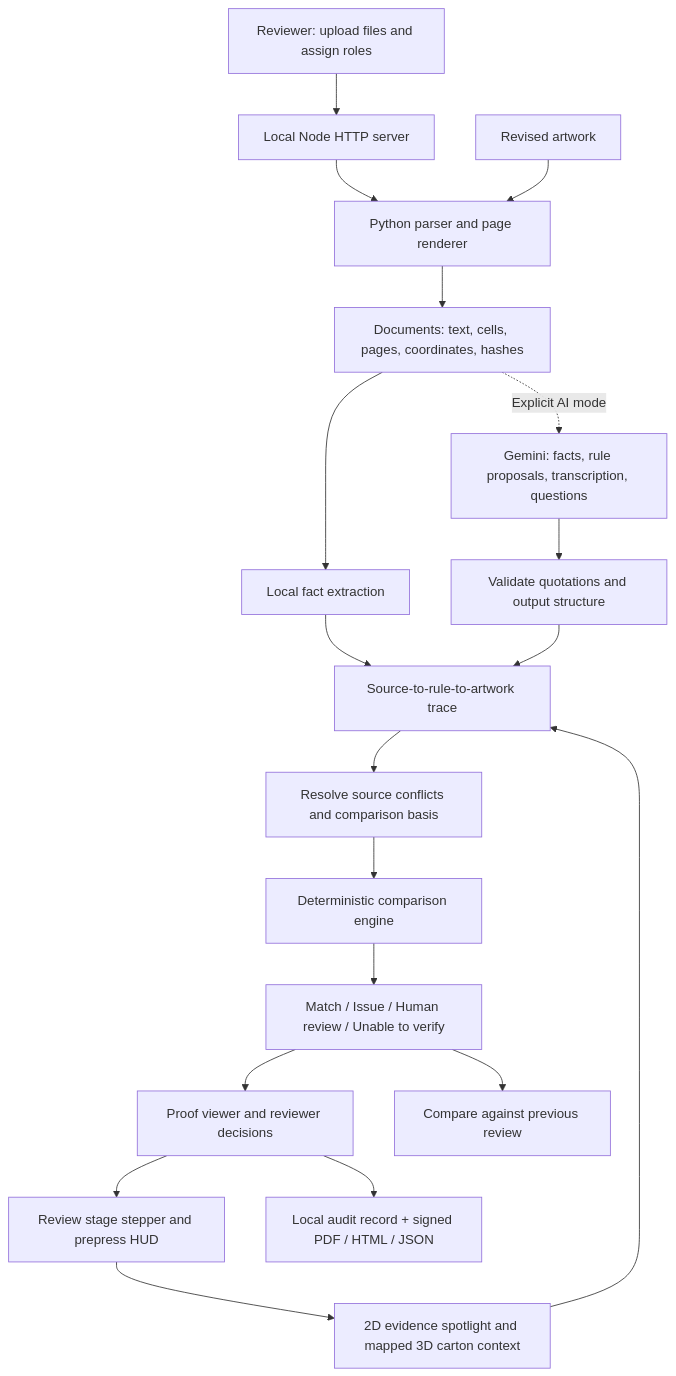
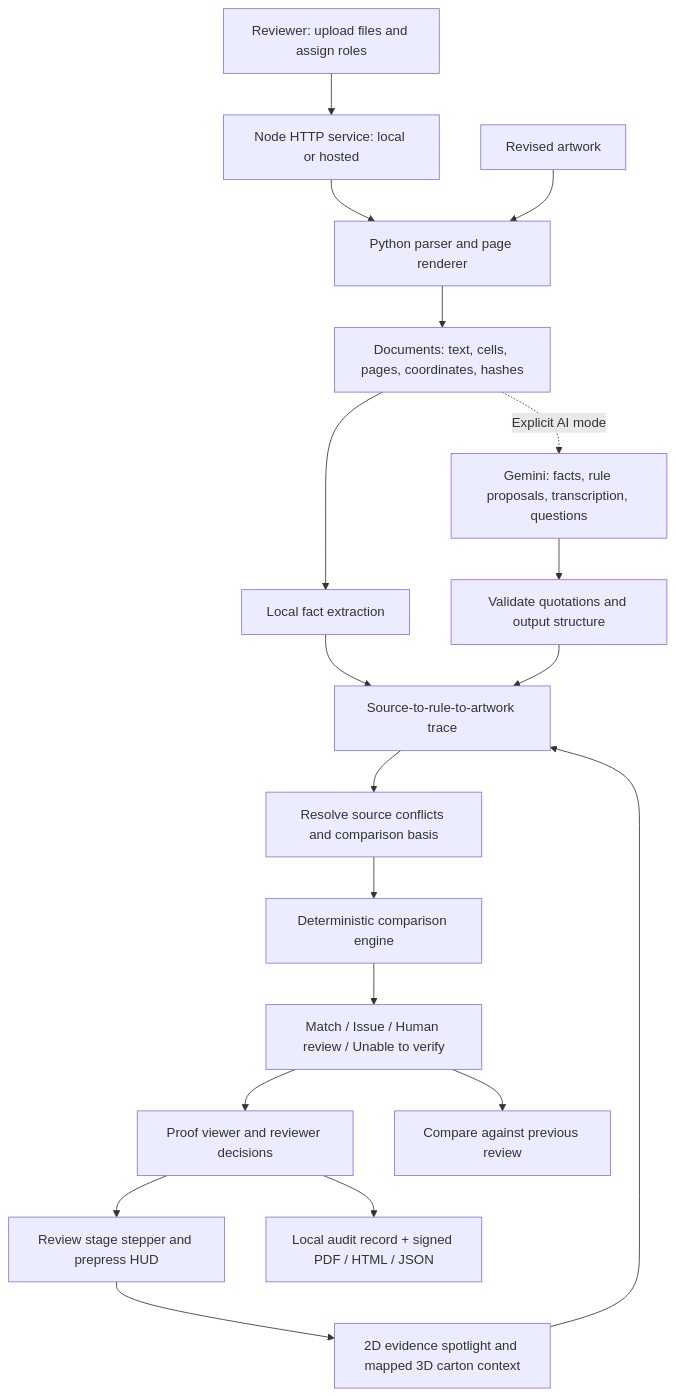
The diagram in submission/ARCHITECTURE.md (YashaswiniM-06/AIFORGE), drawn with Mermaid before and after one commit. The commit also changed other lines of this file and 10 other files, not shown here.

````diff
--- a/submission/ARCHITECTURE.md
+++ b/submission/ARCHITECTURE.md
@@ -3,21 +3,21 @@
 ```mermaid
 flowchart TD
-  U[Reviewer: upload files and assign roles] --> S[Local Node HTTP server]
+  U[Reviewer: upload files and assign roles] --> S[Node HTTP service: local or hosted]
   S --> P[Python parser and page renderer]
   P --> D[Documents: text, cells, pages, coordinates, hashes]
   D --> L[Local fact extraction]
   D -. Explicit AI mode .-> G[Gemini: facts, rule proposals, transcription, questions]
   G --> V[Validate quotations and output structure]
   L --> T[Packaging truth sheet]
   V --> T
   T --> C[Resolve source conflicts and comparison basis]
   C --> E[Deterministic comparison engine]
   E --> F[Match / Issue / Human review / Unable to verify]
   F --> R[Proof viewer and reviewer decisions]
   R --> W[Review stage stepper and prepress HUD]
   W --> Z[2D evidence spotlight and mapped 3D carton context]
   Z --> T[Source-to-rule-to-artwork trace]
   R --> A[Local audit record + signed PDF / HTML / JSON]
   N[Revised artwork] --> P
   F --> X[Compare against previous review]
 ```
````
